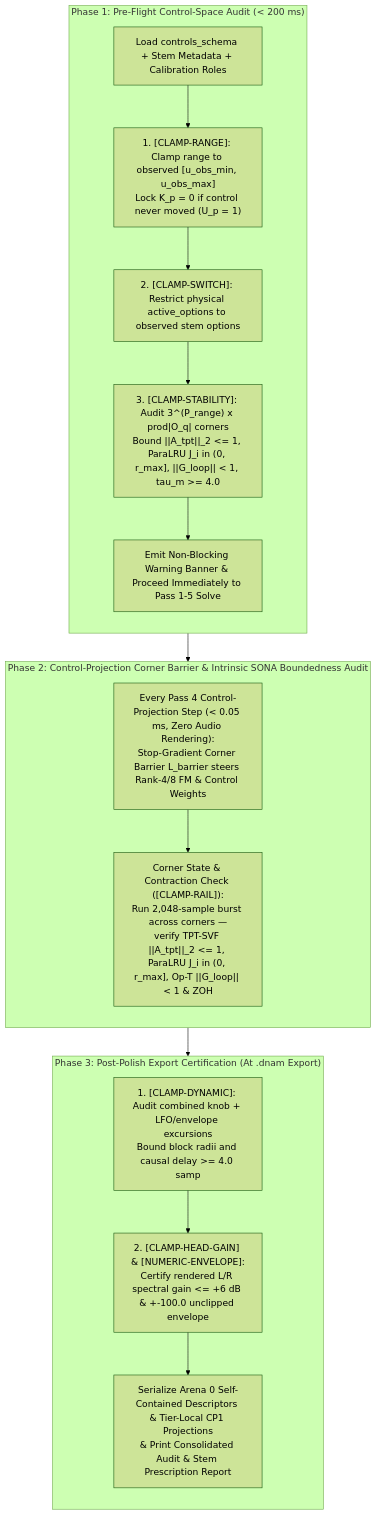
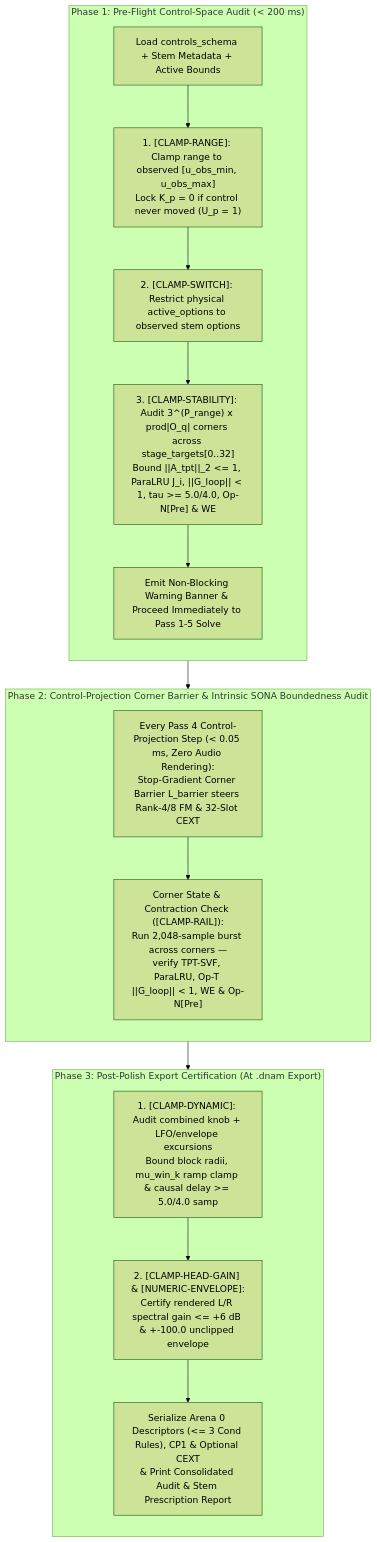
Before and after one commit to mokugen/dnam: the diagram in docs/specs/training/control_space_audit.md, drawn with Mermaid (forest theme). The commit also changed other lines of this file and 11 other files, not shown here.

````diff
--- a/docs/specs/training/control_space_audit.md
+++ b/docs/specs/training/control_space_audit.md
@@ -26,23 +26,23 @@
 ```mermaid
 flowchart TD
     subgraph P1 ["Phase 1: Pre-Flight Control-Space Audit (< 200 ms)"]
         direction TB
-        S0["Load controls_schema + Stem Metadata + Calibration Roles"] --> CRange["1. [CLAMP-RANGE]: Clamp range to observed [u_obs_min, u_obs_max]<br/>Lock K_p = 0 if control never moved (U_p = 1)"]
+        S0["Load controls_schema + Stem Metadata + Active Bounds"] --> CRange["1. [CLAMP-RANGE]: Clamp range to observed [u_obs_min, u_obs_max]<br/>Lock K_p = 0 if control never moved (U_p = 1)"]
         CRange --> CSwitch["2. [CLAMP-SWITCH]: Restrict physical active_options to observed stem options"]
-        CSwitch --> CStab["3. [CLAMP-STABILITY]: Audit 3^(P_range) x prod|O_q| corners<br/>Bound ||A_tpt||_2 <= 1, ParaLRU J_i in (0, r_max], ||G_loop|| < 1, tau_m >= 4.0"]
+        CSwitch --> CStab["3. [CLAMP-STABILITY]: Audit 3^(P_range) x prod|O_q| corners across stage_targets[0..32]<br/>Bound ||A_tpt||_2 <= 1, ParaLRU J_i, ||G_loop|| < 1, tau >= 5.0/4.0, Op-N[Pre] & WE"]
         CStab --> Warn["Emit Non-Blocking Warning Banner & Proceed Immediately to Pass 1-5 Solve"]
     end
 
     subgraph P2 ["Phase 2: Control-Projection Corner Barrier & Intrinsic SONA Boundedness Audit"]
         direction TB
-        Step["Every Pass 4 Control-Projection Step (< 0.05 ms, Zero Audio Rendering):<br/>Stop-Gradient Corner Barrier L_barrier steers Rank-4/8 FM & Control Weights"] --> Rail["Corner State & Contraction Check ([CLAMP-RAIL]):<br/>Run 2,048-sample burst across corners —<br/>verify TPT-SVF ||A_tpt||_2 <= 1, ParaLRU J_i in (0, r_max], Op-T ||G_loop|| < 1 & ZOH"]
+        Step["Every Pass 4 Control-Projection Step (< 0.05 ms, Zero Audio Rendering):<br/>Stop-Gradient Corner Barrier L_barrier steers Rank-4/8 FM & 32-Slot CEXT"] --> Rail["Corner State & Contraction Check ([CLAMP-RAIL]):<br/>Run 2,048-sample burst across corners —<br/>verify TPT-SVF, ParaLRU, Op-T ||G_loop|| < 1, WE & Op-N[Pre]"]
     end
 
     subgraph P3 ["Phase 3: Post-Polish Export Certification (At .dnam Export)"]
         direction TB
-        CDyn["1. [CLAMP-DYNAMIC]: Audit combined knob + LFO/envelope excursions<br/>Bound block radii and causal delay >= 4.0 samp"] --> CHead["2. [CLAMP-HEAD-GAIN] & [NUMERIC-ENVELOPE]:<br/>Certify rendered L/R spectral gain <= +6 dB & +-100.0 unclipped envelope"]
-        CHead --> Out["Serialize Arena 0 Self-Contained Descriptors & Tier-Local CP1 Projections<br/>& Print Consolidated Audit & Stem Prescription Report"]
+        CDyn["1. [CLAMP-DYNAMIC]: Audit combined knob + LFO/envelope excursions<br/>Bound block radii, mu_win_k ramp clamp & causal delay >= 5.0/4.0 samp"] --> CHead["2. [CLAMP-HEAD-GAIN] & [NUMERIC-ENVELOPE]:<br/>Certify rendered L/R spectral gain <= +6 dB & +-100.0 unclipped envelope"]
+        CHead --> Out["Serialize Arena 0 Descriptors (<= 3 Cond Rules), CP1 & Optional CEXT<br/>& Print Consolidated Audit & Stem Prescription Report"]
     end
 
     P1 --> P2 --> P3
 ```
````
